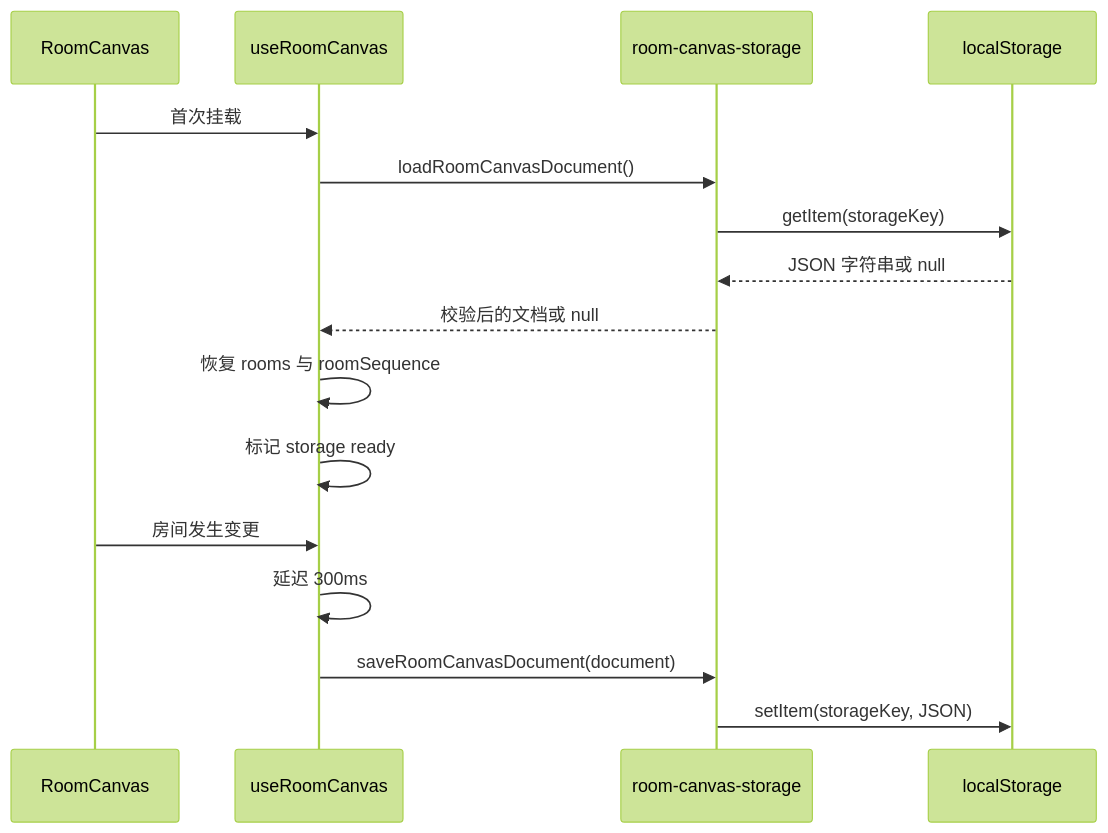
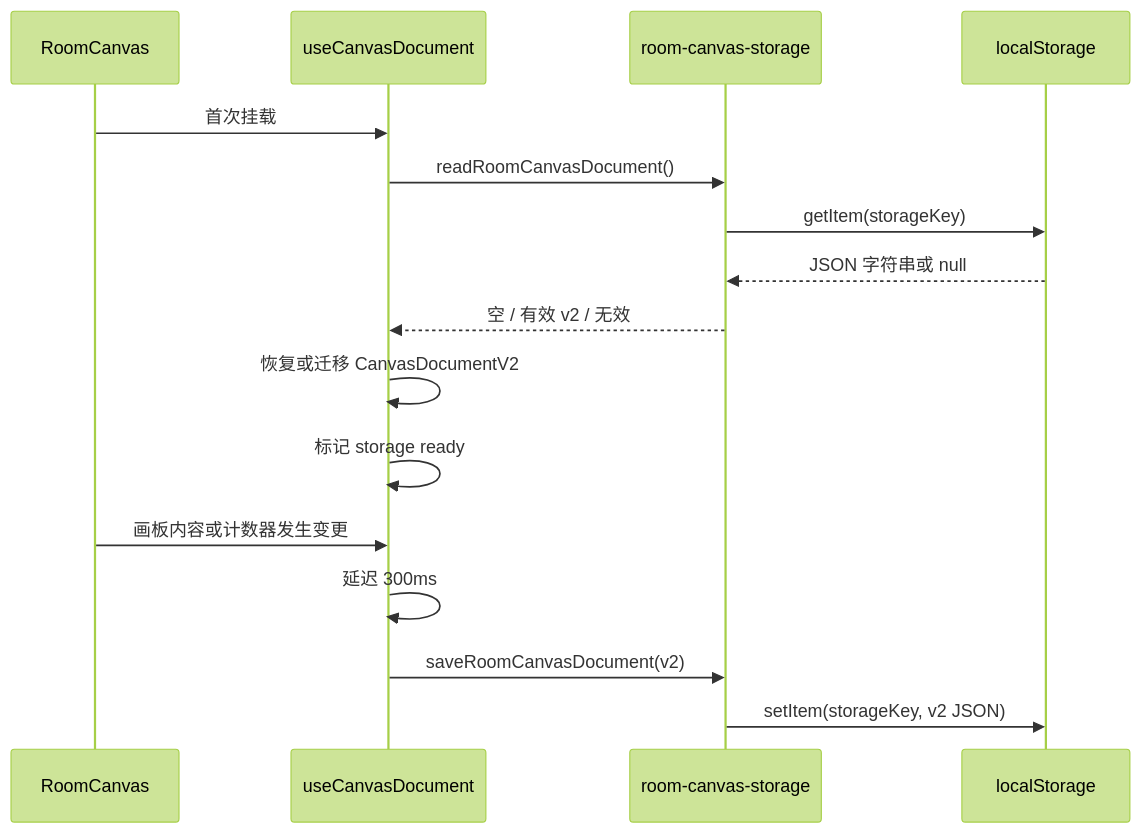
One commit to zhijian521/zhijian-hub changed the third of 3 diagrams in docs/02-技术文档/01-架构设计文档.md. Above: the diagram before and after it, drawn with Mermaid (forest theme). The commit also changed other lines of this file and 31 other files, not shown here.

````diff
--- a/docs/02-技术文档/01-架构设计文档.md
+++ b/docs/02-技术文档/01-架构设计文档.md
@@ -209,19 +279,19 @@
 ```mermaid
 sequenceDiagram
     participant UI as RoomCanvas
-    participant Hook as useRoomCanvas
+    participant Hook as useCanvasDocument
     participant Store as room-canvas-storage
     participant LS as localStorage
 
     UI->>Hook: 首次挂载
-    Hook->>Store: loadRoomCanvasDocument()
+    Hook->>Store: readRoomCanvasDocument()
     Store->>LS: getItem(storageKey)
     LS-->>Store: JSON 字符串或 null
-    Store-->>Hook: 校验后的文档或 null
-    Hook->>Hook: 恢复 rooms 与 roomSequence
+    Store-->>Hook: 空 / 有效 v2 / 无效
+    Hook->>Hook: 恢复或迁移 CanvasDocumentV2
     Hook->>Hook: 标记 storage ready
-    UI->>Hook: 房间发生变更
+    UI->>Hook: 画板内容或计数器发生变更
     Hook->>Hook: 延迟 300ms
-    Hook->>Store: saveRoomCanvasDocument(document)
-    Store->>LS: setItem(storageKey, JSON)
+    Hook->>Store: saveRoomCanvasDocument(v2)
+    Store->>LS: setItem(storageKey, v2 JSON)
 ```
````
